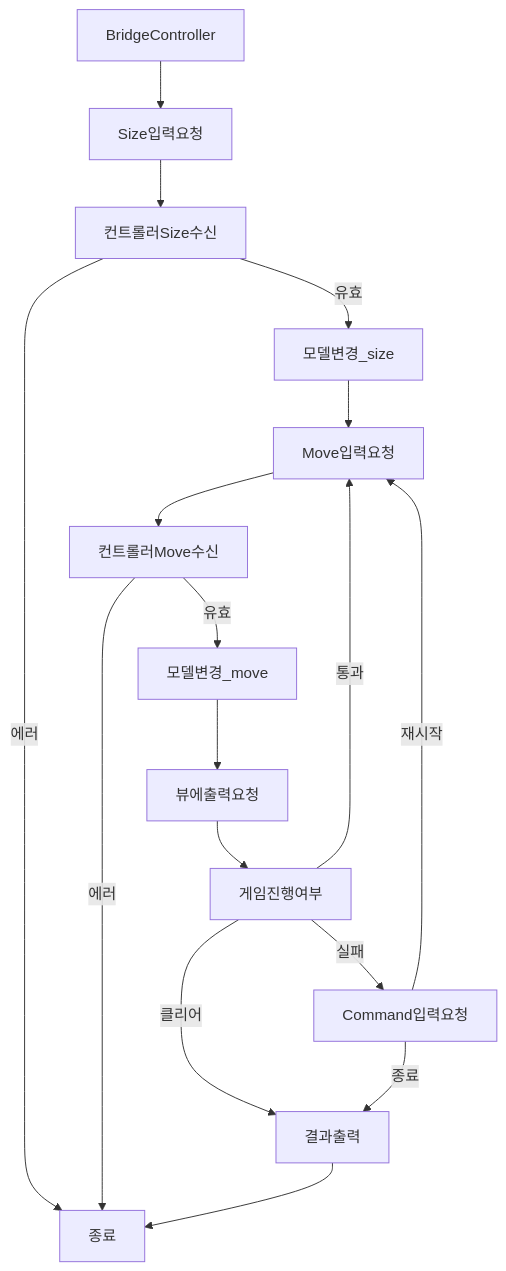
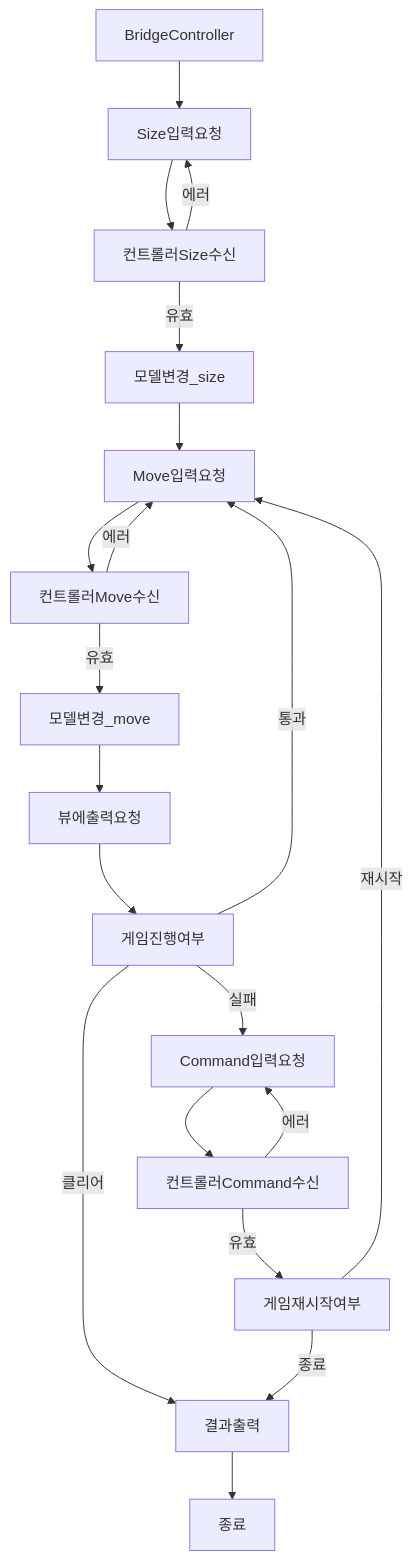
The second of 2 diagrams in docs/README.md (woowacourse-precourse/javascript-bridge), drawn with Mermaid before and after one commit.

Commit message:
docs : 기능 변경에 따른 플로우차트 변경

````diff
--- a/docs/README.md
+++ b/docs/README.md
@@ -112,36 +112,23 @@
 ```mermaid
 flowchart  TD;
-
 BridgeController-->Size입력요청;
-
 Size입력요청-->컨트롤러Size수신
-
-컨트롤러Size수신-->|에러|종료
-
+컨트롤러Size수신-->|에러|Size입력요청
 컨트롤러Size수신-->|유효|모델변경_size
-
 모델변경_size-->Move입력요청
-
 Move입력요청-->컨트롤러Move수신
-
-컨트롤러Move수신-->|에러|종료
-
+컨트롤러Move수신-->|에러|Move입력요청
 컨트롤러Move수신-->|유효|모델변경_move
-
 모델변경_move-->뷰에출력요청
-
 뷰에출력요청-->게임진행여부
-
 게임진행여부-->|통과|Move입력요청
-
 게임진행여부-->|실패|Command입력요청
-
 게임진행여부-->|클리어|결과출력
-
-Command입력요청-->|재시작|Move입력요청
-
-Command입력요청-->|종료|결과출력
-
+Command입력요청-->컨트롤러Command수신
+컨트롤러Command수신-->|에러|Command입력요청
+컨트롤러Command수신-->|유효|게임재시작여부
+게임재시작여부-->|재시작|Move입력요청
+게임재시작여부-->|종료|결과출력
 결과출력-->종료
 
 ```
````
